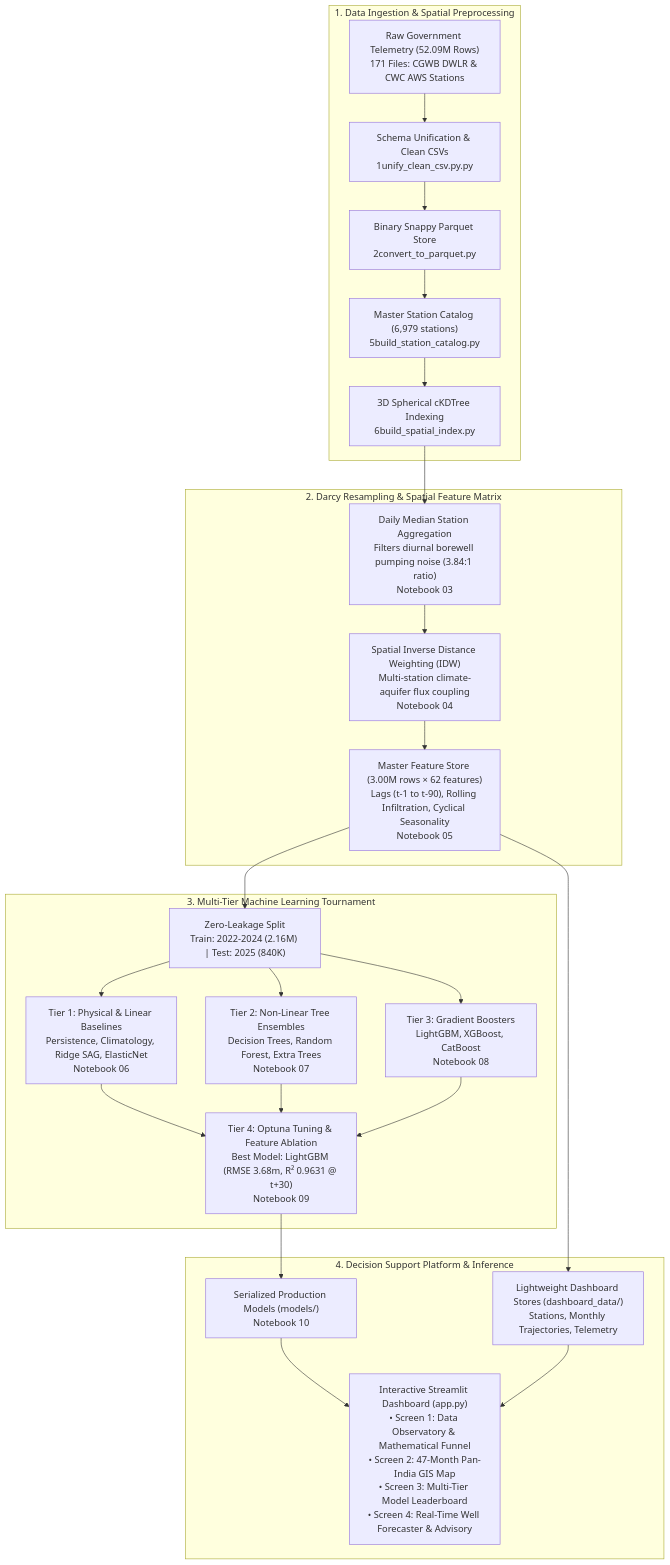
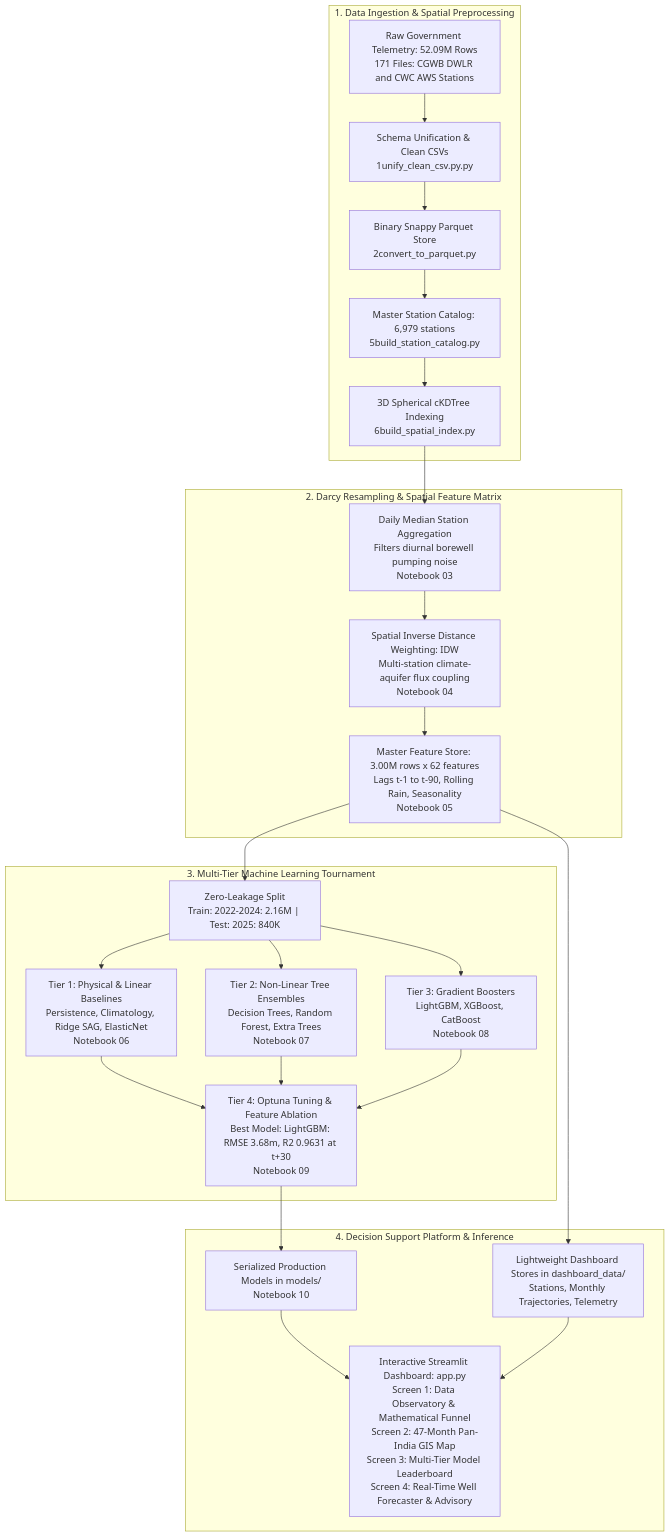
The diagram in readme.md (Ash469/HydroForecaster-India), drawn with Mermaid before and after one commit. The commit also changed other lines of this file, not shown here.

Commit message:
fix: standardise mermaid syntax for universal markdown preview

````diff
--- a/readme.md
+++ b/readme.md
@@ -27,29 +27,32 @@
 ```mermaid
-flowchart TD
-    subgraph Ingestion ["1. Data Ingestion & Spatial Preprocessing"]
-        A["Raw Government Telemetry (52.09M Rows)<br/>171 Files: CGWB DWLR & CWC AWS Stations"] --> B["Schema Unification & Clean CSVs<br/>1unify_clean_csv.py.py"]
+graph TD
+    subgraph S1["1. Data Ingestion & Spatial Preprocessing"]
+        A["Raw Government Telemetry: 52.09M Rows<br/>171 Files: CGWB DWLR and CWC AWS Stations"] --> B["Schema Unification & Clean CSVs<br/>1unify_clean_csv.py.py"]
         B --> C["Binary Snappy Parquet Store<br/>2convert_to_parquet.py"]
-        C --> D["Master Station Catalog (6,979 stations)<br/>5build_station_catalog.py"]
+        C --> D["Master Station Catalog: 6,979 stations<br/>5build_station_catalog.py"]
         D --> E["3D Spherical cKDTree Indexing<br/>6build_spatial_index.py"]
     end
 
-    subgraph FeatureEngineering ["2. Darcy Resampling & Spatial Feature Matrix"]
-        E --> F["Daily Median Station Aggregation<br/>Filters diurnal borewell pumping noise (3.84:1 ratio)<br/>Notebook 03"]
-        F --> G["Spatial Inverse Distance Weighting (IDW)<br/>Multi-station climate-aquifer flux coupling<br/>Notebook 04"]
-        G --> H["Master Feature Store (3.00M rows × 62 features)<br/>Lags (t-1 to t-90), Rolling Infiltration, Cyclical Seasonality<br/>Notebook 05"]
+    subgraph S2["2. Darcy Resampling & Spatial Feature Matrix"]
+        E --> F["Daily Median Station Aggregation<br/>Filters diurnal borewell pumping noise<br/>Notebook 03"]
+        F --> G["Spatial Inverse Distance Weighting: IDW<br/>Multi-station climate-aquifer flux coupling<br/>Notebook 04"]
+        G --> H["Master Feature Store: 3.00M rows x 62 features<br/>Lags t-1 to t-90, Rolling Rain, Seasonality<br/>Notebook 05"]
     end
 
-    subgraph ModelTournament ["3. Multi-Tier Machine Learning Tournament"]
-        H --> I["Zero-Leakage Split<br/>Train: 2022-2024 (2.16M) | Test: 2025 (840K)"]
+    subgraph S3["3. Multi-Tier Machine Learning Tournament"]
+        H --> I["Zero-Leakage Split<br/>Train: 2022-2024: 2.16M | Test: 2025: 840K"]
         I --> J1["Tier 1: Physical & Linear Baselines<br/>Persistence, Climatology, Ridge SAG, ElasticNet<br/>Notebook 06"]
         I --> J2["Tier 2: Non-Linear Tree Ensembles<br/>Decision Trees, Random Forest, Extra Trees<br/>Notebook 07"]
         I --> J3["Tier 3: Gradient Boosters<br/>LightGBM, XGBoost, CatBoost<br/>Notebook 08"]
-        J1 & J2 & J3 --> K["Tier 4: Optuna Tuning & Feature Ablation<br/>Best Model: LightGBM (RMSE 3.68m, R² 0.9631 @ t+30)<br/>Notebook 09"]
+        J1 --> K["Tier 4: Optuna Tuning & Feature Ablation<br/>Best Model: LightGBM: RMSE 3.68m, R2 0.9631 at t+30<br/>Notebook 09"]
+        J2 --> K
+        J3 --> K
     end
 
-    subgraph WebDeployment ["4. Decision Support Platform & Inference"]
-        K --> L["Serialized Production Models (models/)<br/>Notebook 10"]
-        H --> M["Lightweight Dashboard Stores (dashboard_data/)<br/>Stations, Monthly Trajectories, Telemetry"]
-        L & M --> N["Interactive Streamlit Dashboard (app.py)<br/>• Screen 1: Data Observatory & Mathematical Funnel<br/>• Screen 2: 47-Month Pan-India GIS Map<br/>• Screen 3: Multi-Tier Model Leaderboard<br/>• Screen 4: Real-Time Well Forecaster & Advisory"]
+    subgraph S4["4. Decision Support Platform & Inference"]
+        K --> L["Serialized Production Models in models/<br/>Notebook 10"]
+        H --> M["Lightweight Dashboard Stores in dashboard_data/<br/>Stations, Monthly Trajectories, Telemetry"]
+        L --> N["Interactive Streamlit Dashboard: app.py<br/>Screen 1: Data Observatory & Mathematical Funnel<br/>Screen 2: 47-Month Pan-India GIS Map<br/>Screen 3: Multi-Tier Model Leaderboard<br/>Screen 4: Real-Time Well Forecaster & Advisory"]
+        M --> N
     end
 ```
````
